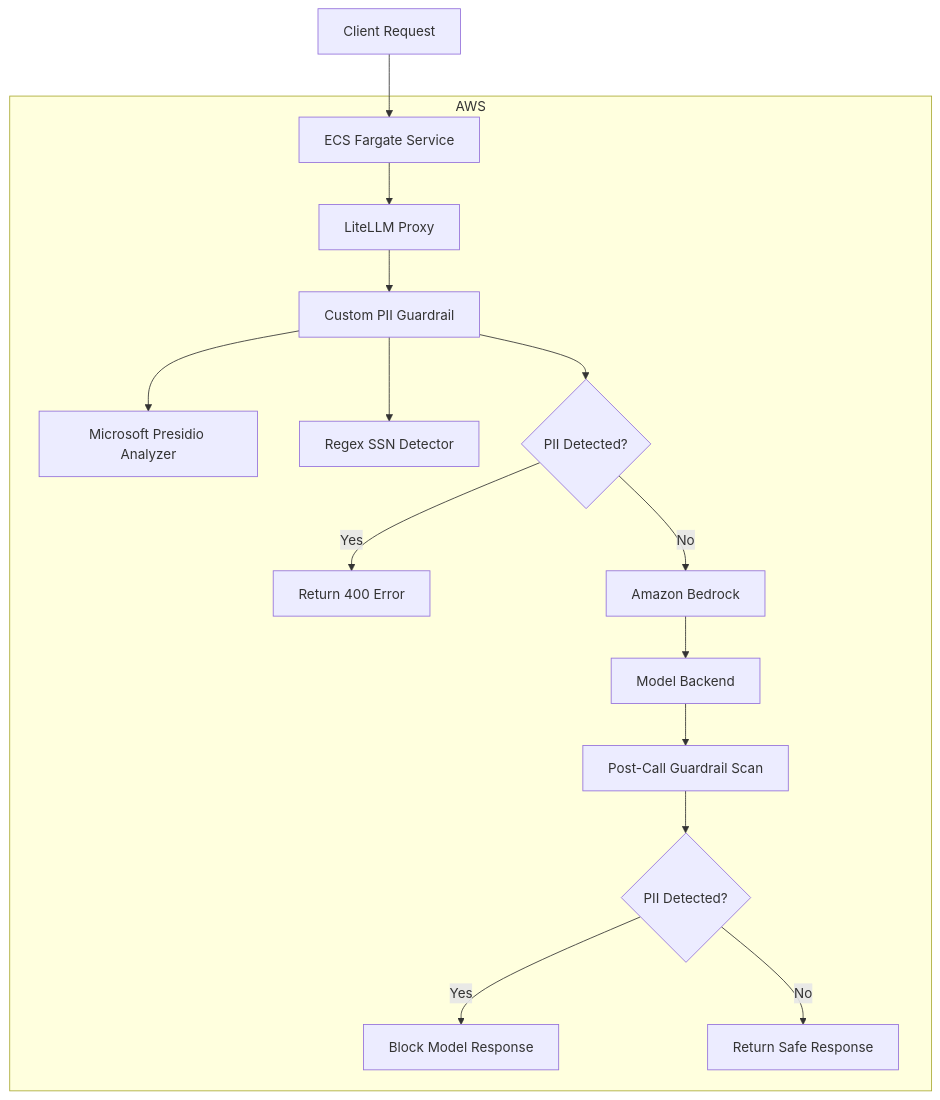
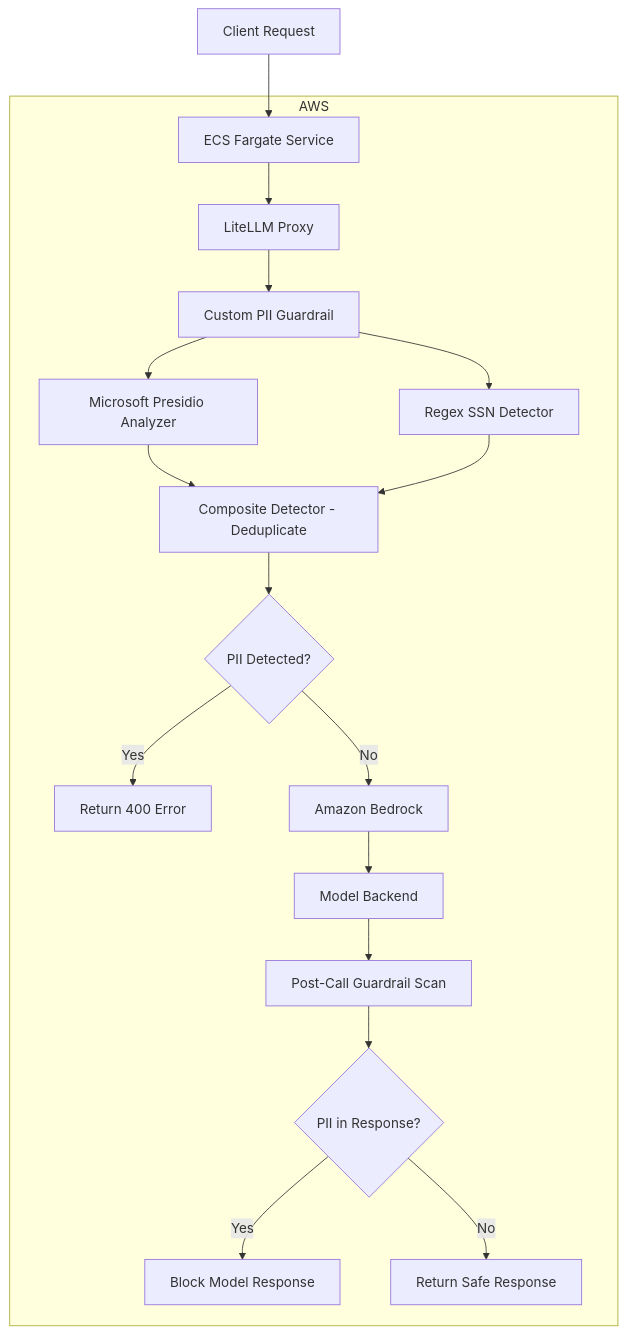
Before and after one commit to WBHankins93/hiddenlayer-litellm-pii-guardrail: the diagram in docs/architecture.md, drawn with Mermaid. The commit also changed 5 other files, not shown here.

````diff
--- a/docs/architecture.md
+++ b/docs/architecture.md
@@ -14,35 +14,23 @@
 ```mermaid
 flowchart TD
-
     User[Client Request]
-
     User --> ECS
 
     subgraph AWS
         ECS[ECS Fargate Service]
-
         ECS --> LiteLLM[LiteLLM Proxy]
-
         LiteLLM --> Guardrail[Custom PII Guardrail]
-
         Guardrail --> Presidio[Microsoft Presidio Analyzer]
-
         Guardrail --> Regex[Regex SSN Detector]
-
-        Guardrail --> Decision{PII Detected?}
-
+        Presidio --> Composite[Composite Detector - Deduplicate]
+        Regex --> Composite
+        Composite --> Decision{PII Detected?}
         Decision -->|Yes| Block[Return 400 Error]
-
         Decision -->|No| Bedrock[Amazon Bedrock]
-
         Bedrock --> Model[Model Backend]
-
         Model --> OutputGuard[Post-Call Guardrail Scan]
-
-        OutputGuard --> OutputDecision{PII Detected?}
-
+        OutputGuard --> OutputDecision{PII in Response?}
         OutputDecision -->|Yes| OutputBlock[Block Model Response]
-
         OutputDecision -->|No| Success[Return Safe Response]
     end
 ```
````
